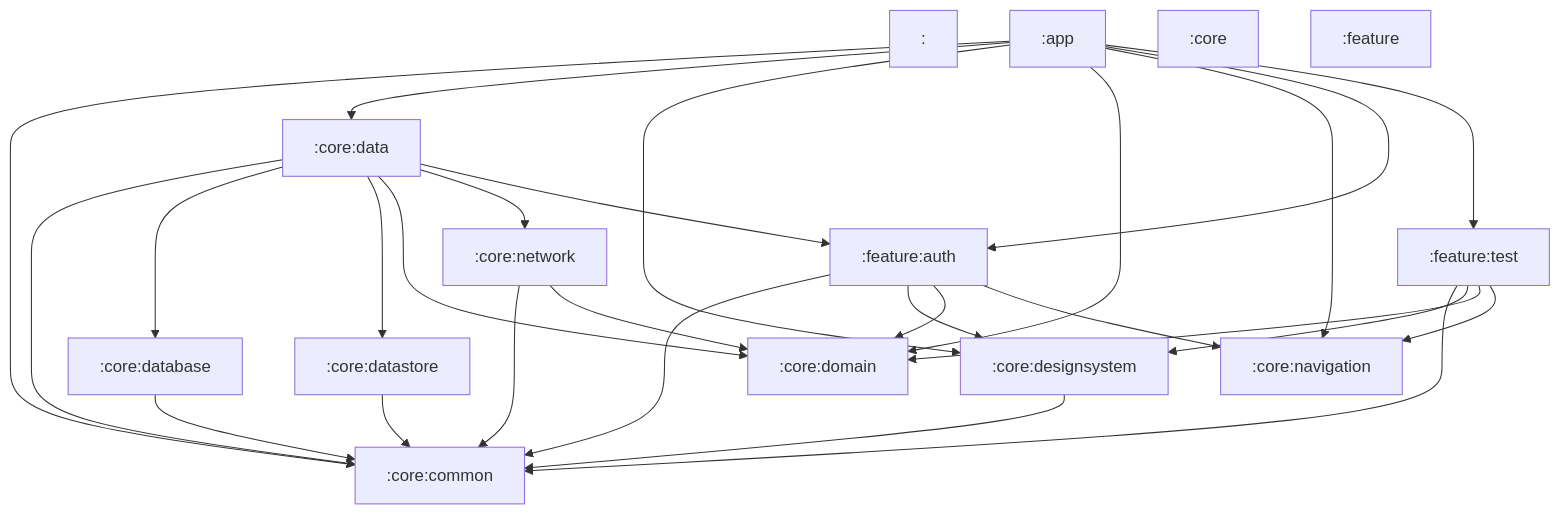
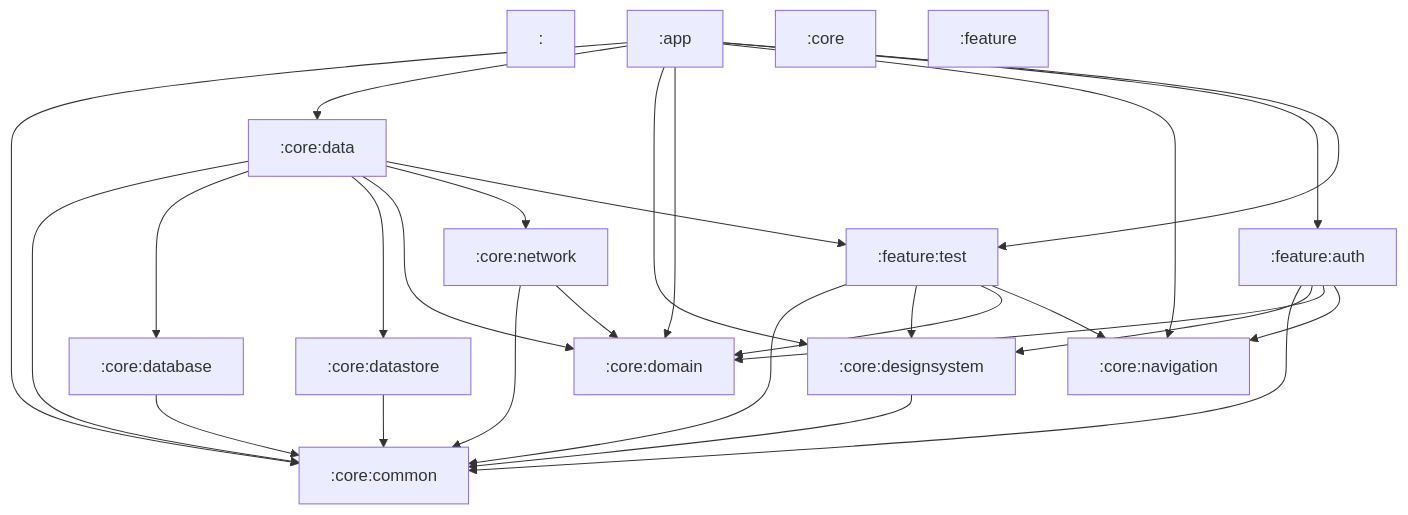
One commit to kkh725/Multi_Module_Template changed the diagram in docs/module-deps.md. Above: the diagram before and after it, drawn with Mermaid. The commit also changed 4 other files, not shown here.

````diff
--- a/docs/module-deps.md
+++ b/docs/module-deps.md
@@ -1,43 +1,43 @@
 ```mermaid
 graph TD
     _[":"]
     _app[":app"]
     _app --> _core_common
     _app --> _core_data
     _app --> _core_designsystem
     _app --> _core_domain
     _app --> _core_navigation
     _app --> _feature_auth
     _app --> _feature_test
     _core[":core"]
     _core_common[":core:common"]
     _core_data[":core:data"]
     _core_data --> _core_common
     _core_data --> _core_database
     _core_data --> _core_datastore
     _core_data --> _core_domain
     _core_data --> _core_network
-    _core_data --> _feature_auth
+    _core_data --> _feature_test
     _core_database[":core:database"]
     _core_database --> _core_common
     _core_datastore[":core:datastore"]
     _core_datastore --> _core_common
     _core_designsystem[":core:designsystem"]
     _core_designsystem --> _core_common
     _core_domain[":core:domain"]
     _core_navigation[":core:navigation"]
     _core_network[":core:network"]
     _core_network --> _core_common
     _core_network --> _core_domain
     _feature[":feature"]
     _feature_auth[":feature:auth"]
     _feature_auth --> _core_common
     _feature_auth --> _core_designsystem
     _feature_auth --> _core_domain
     _feature_auth --> _core_navigation
     _feature_test[":feature:test"]
     _feature_test --> _core_common
     _feature_test --> _core_designsystem
     _feature_test --> _core_domain
     _feature_test --> _core_navigation
 ```
````
